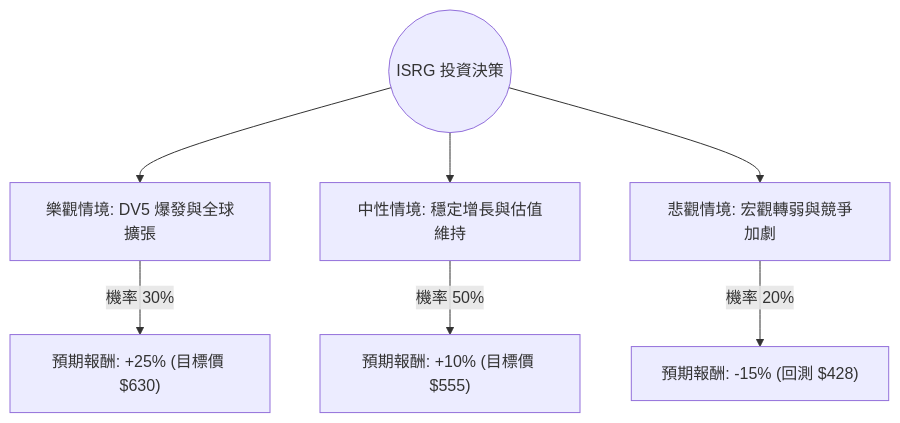
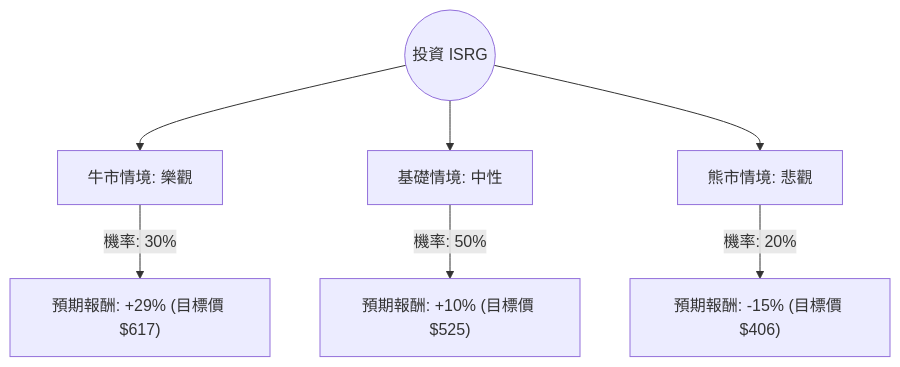
Before and after one commit to zmcx16/zmcx16.github.io: the diagram in plugin-react/ai-analysis/ev-analysis/ISRG.md, drawn with Mermaid. The commit also changed other lines of this file and 80 other files, not shown here.

````diff
--- a/plugin-react/ai-analysis/ev-analysis/ISRG.md
+++ b/plugin-react/ai-analysis/ev-analysis/ISRG.md
@@ -19,10 +20,10 @@
 ```mermaid
 graph TD
-    Start((ISRG 投資決策)) --> Bull[樂觀情境: DV5 爆發與全球擴張]
-    Start --> Base[中性情境: 穩定增長與估值維持]
-    Start --> Bear[悲觀情境: 宏觀轉弱與競爭加劇]
+    Start((投資 ISRG)) --> Bull[牛市情境: 樂觀]
+    Start --> Base[基礎情境: 中性]
+    Start --> Bear[熊市情境: 悲觀]
 
-    Bull -- "機率 30%" --> BullVal["預期報酬: +25% (目標價 $630)"]
-    Base -- "機率 50%" --> BaseVal["預期報酬: +10% (目標價 $555)"]
-    Bear -- "機率 20%" --> BearVal["預期報酬: -15% (回測 $428)"]
+    Bull -- "機率: 30%" --> BullVal["預期報酬: +29% (目標價 $617)"]
+    Base -- "機率: 50%" --> BaseVal["預期報酬: +10% (目標價 $525)"]
+    Bear -- "機率: 20%" --> BearVal["預期報酬: -15% (目標價 $406)"]
 ```
````
